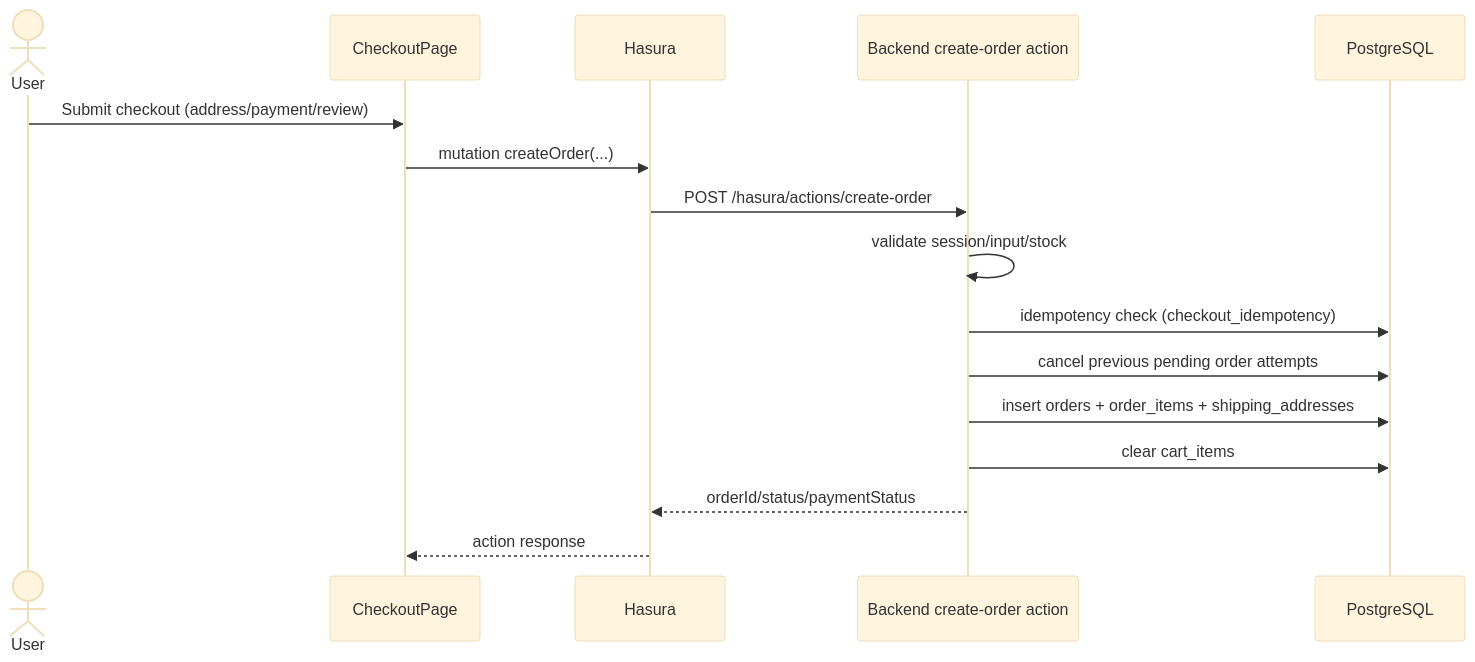
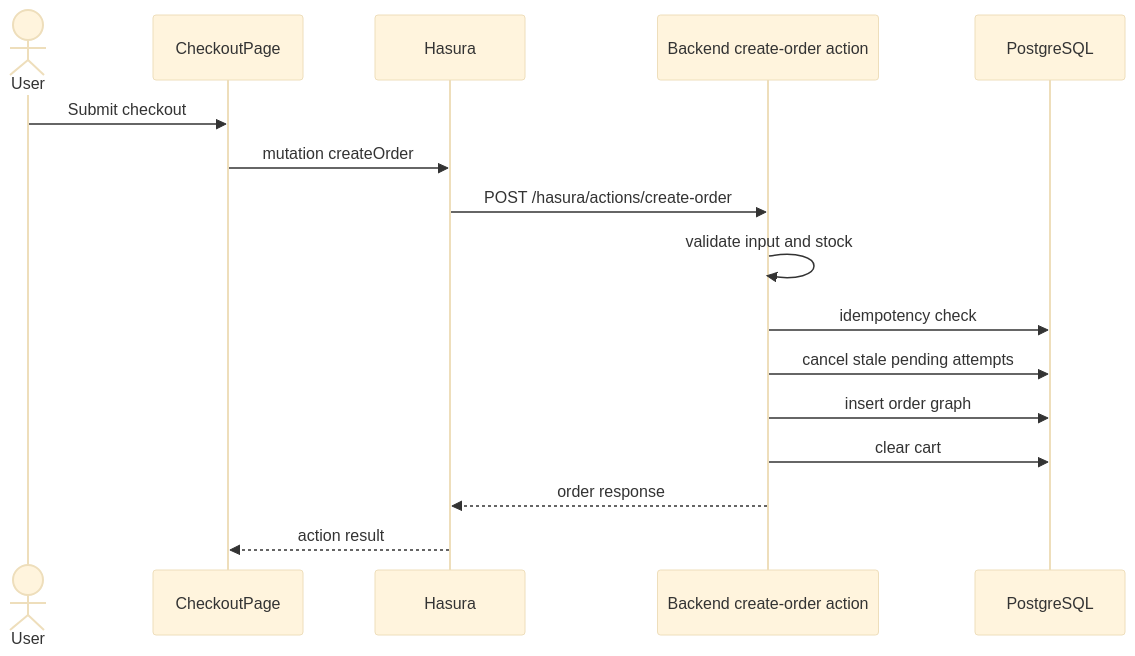
One commit to 007abishek/react-frontend changed the third of 7 diagrams in SEQUENCE_DIAGRAMS.md. Above: the diagram before and after it, drawn with Mermaid (base theme). The commit also changed other lines of this file and 24 other files, not shown here.

````diff
--- a/SEQUENCE_DIAGRAMS.md
+++ b/SEQUENCE_DIAGRAMS.md
@@ -57,19 +55,19 @@
 ```mermaid
 sequenceDiagram
   actor U as User
   participant FE as CheckoutPage
   participant H as Hasura
   participant BE as Backend create-order action
   participant DB as PostgreSQL
 
-  U->>FE: Submit checkout (address/payment/review)
-  FE->>H: mutation createOrder(...)
+  U->>FE: Submit checkout
+  FE->>H: mutation createOrder
   H->>BE: POST /hasura/actions/create-order
-  BE->>BE: validate session/input/stock
-  BE->>DB: idempotency check (checkout_idempotency)
-  BE->>DB: cancel previous pending order attempts
-  BE->>DB: insert orders + order_items + shipping_addresses
-  BE->>DB: clear cart_items
-  BE-->>H: orderId/status/paymentStatus
-  H-->>FE: action response
+  BE->>BE: validate input and stock
+  BE->>DB: idempotency check
+  BE->>DB: cancel stale pending attempts
+  BE->>DB: insert order graph
+  BE->>DB: clear cart
+  BE-->>H: order response
+  H-->>FE: action result
 ```
````
